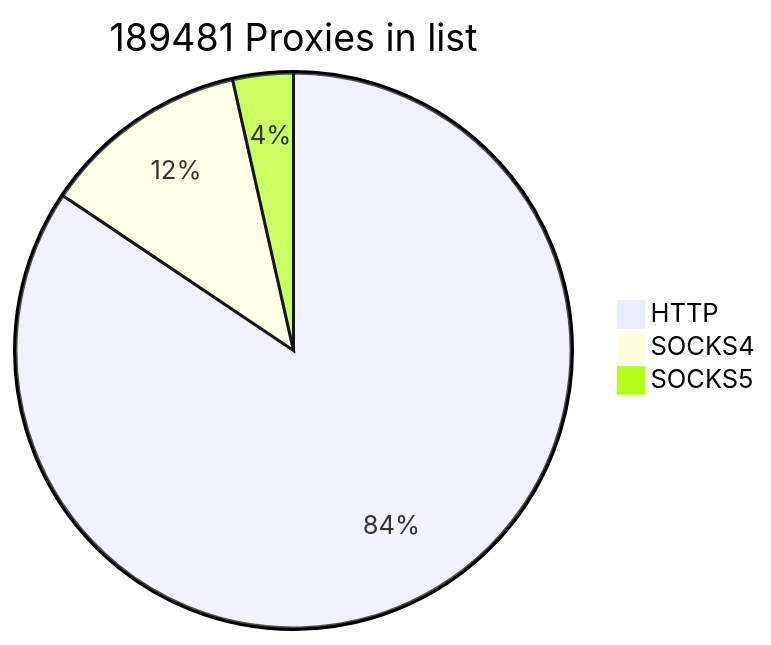
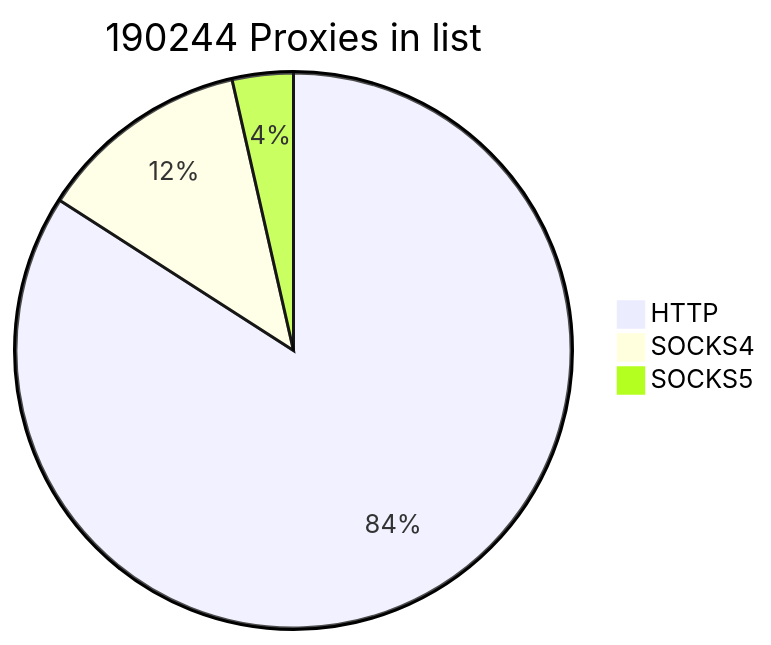
One commit to cutipu/proxylist changed the first of 2 diagrams in README.md. Above: the diagram before and after it, drawn with Mermaid. The commit also changed other lines of this file, not shown here.

````diff
--- a/README.md
+++ b/README.md
@@ -2,7 +2,7 @@
 ```mermaid
-pie title 189481 Proxies in list
-    "HTTP" : 159952
-    "SOCKS4" : 22858
-    "SOCKS5" : 6671
+pie title 190244 Proxies in list
+    "HTTP" : 159978
+    "SOCKS4" : 23512
+    "SOCKS5" : 6754
             
 ```
````
